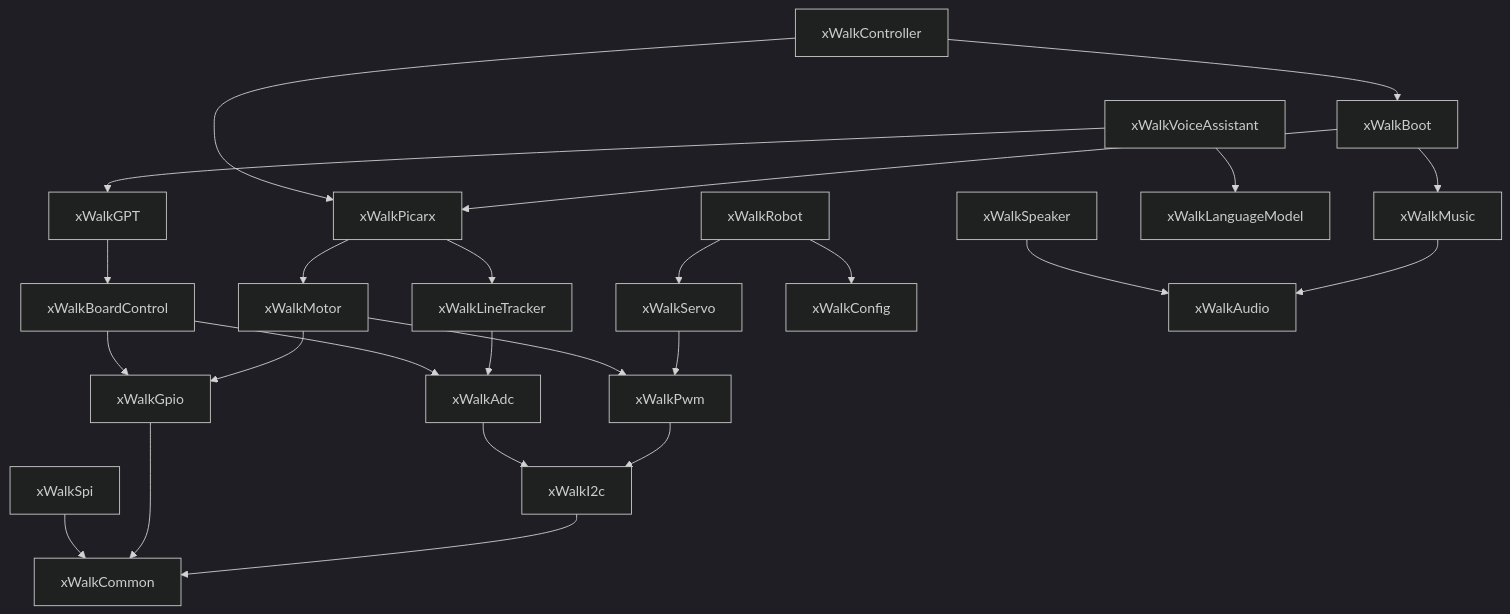
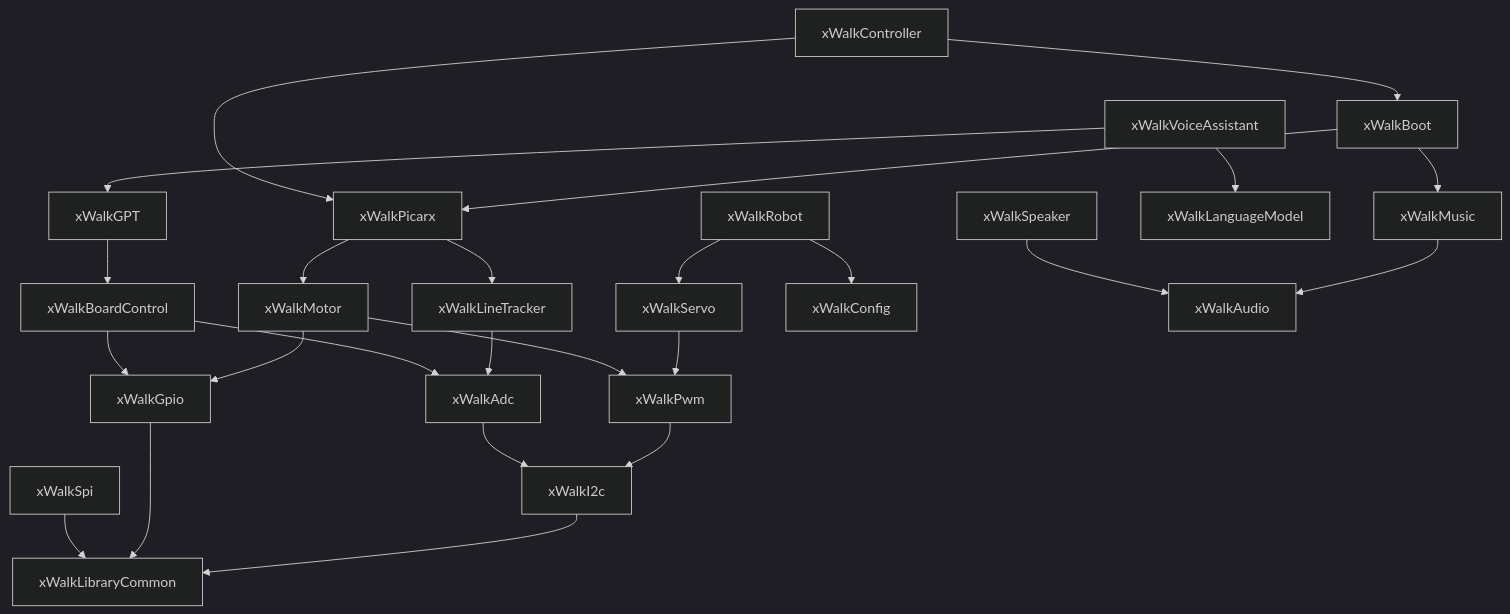
Before and after one commit to AireWet/xWalkPiCarAI: the second of 2 diagrams in DevloperNote/Doc/note/HAL Arcithure.md, drawn with Mermaid (dark theme). The commit also changed other lines of this file and 769 other files, not shown here.

First line of the commit message:
[xWalk-008][RPI-HW][x86-HOST] Reorganize Controller and Agent architecture

````diff
--- a/DevloperNote/Doc/note/HAL Arcithure.md
+++ b/DevloperNote/Doc/note/HAL Arcithure.md
@@ -178,27 +199,27 @@
 ```mermaid
 flowchart TD
-    I2C[xWalkI2c] --> COMMON[xWalkCommon]
+    I2C[xWalkI2c] --> COMMON[xWalkLibraryCommon]
     GPIO[xWalkGpio] --> COMMON
     SPI[xWalkSpi] --> COMMON
     PWM[xWalkPwm] --> I2C
     ADC[xWalkAdc] --> I2C
     SERVO[xWalkServo] --> PWM
     MOTOR[xWalkMotor] --> PWM
     MOTOR --> GPIO
     LINE[xWalkLineTracker] --> ADC
     BOARD[xWalkBoardControl] --> ADC
     BOARD --> GPIO
     ROBOT[xWalkRobot] --> SERVO
     ROBOT --> CONFIG[xWalkConfig]
     MUSIC[xWalkMusic] --> AUDIO[xWalkAudio]
     SPEAKER[xWalkSpeaker] --> AUDIO
     GPT[xWalkGPT] --> BOARD
     VOICE[xWalkVoiceAssistant] --> GPT
     VOICE --> MODEL[xWalkLanguageModel]
     PICARX[xWalkPicarx] --> MOTOR
     PICARX --> LINE
     BOOT[xWalkBoot] --> PICARX
     BOOT --> MUSIC
     CLI[xWalkController] --> PICARX
     CLI --> BOOT
 ```
````
